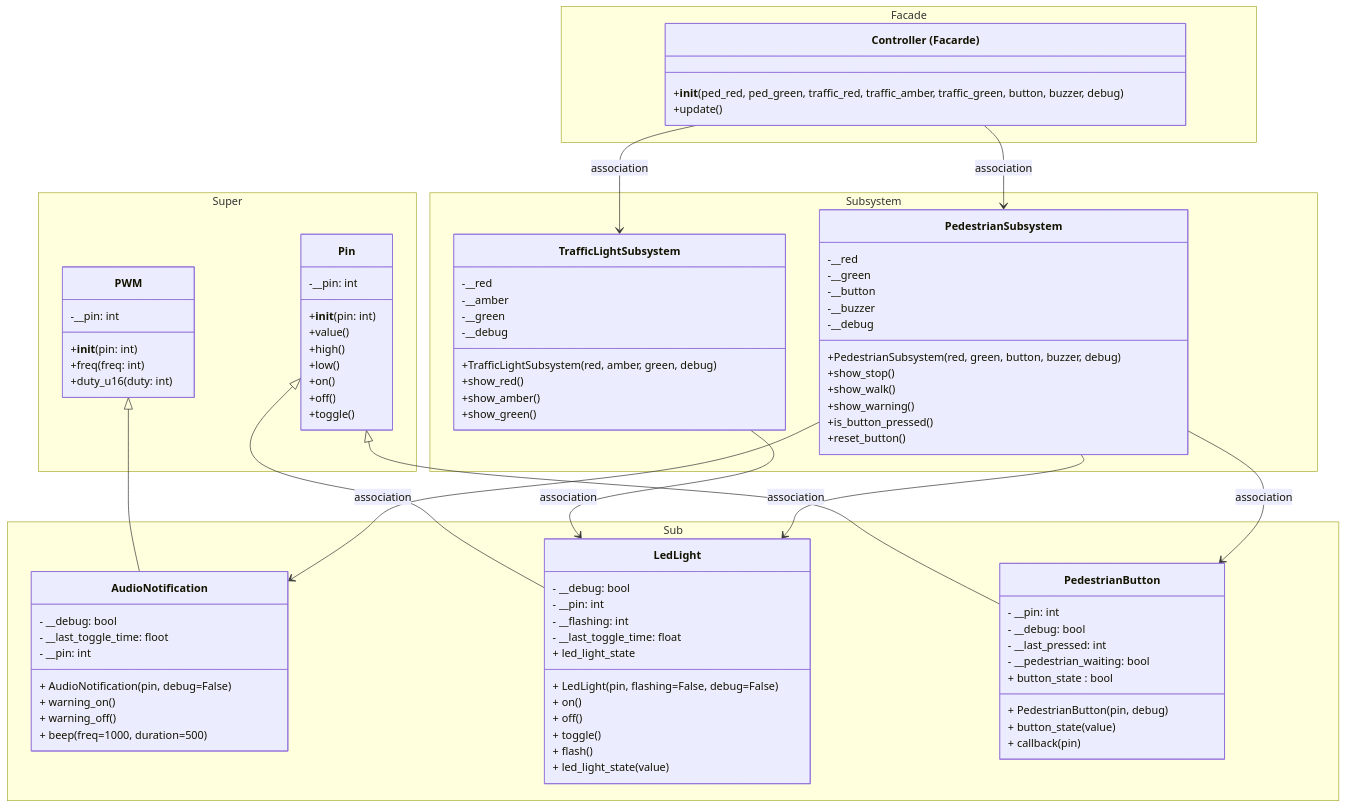
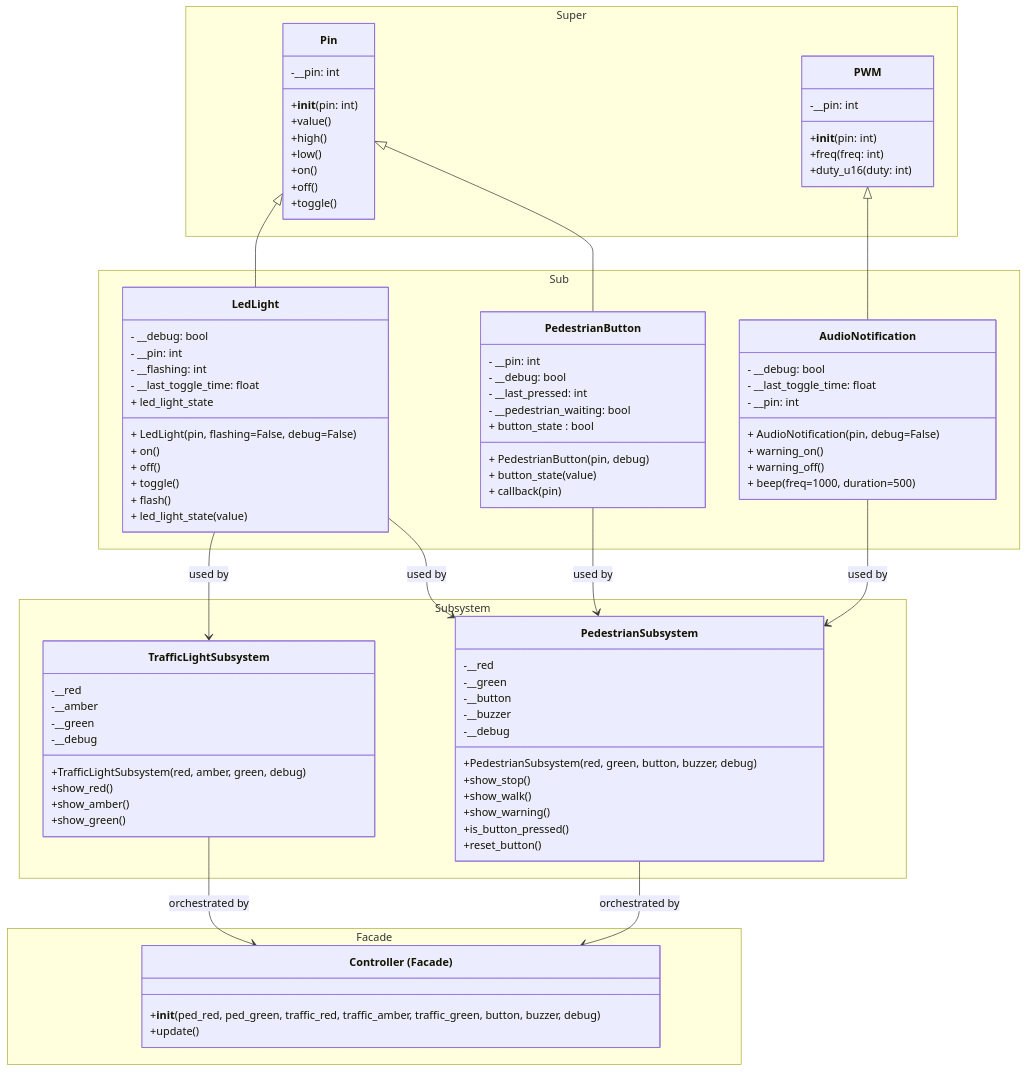
The diagram in tutorials/Lecture7.md (TempeHS/MicroPython_OOP_Pi_Pico_Mini_Project_Source), drawn with Mermaid before and after one commit. The commit also changed 2 other files, not shown here.

Commit message:
fix: correct typo in variable type from 'floot' to 'float' in class diagrams across Lecture1.md, Lecture6.md, and Lecture7.md

````diff
--- a/tutorials/Lecture7.md
+++ b/tutorials/Lecture7.md
@@ -94,7 +94,7 @@
     namespace Sub {
         class AudioNotification {
             - __debug: bool
-            - __last_toggle_time: floot
+            - __last_toggle_time: float
             - __pin: int
             + AudioNotification(pin, debug=False)
             + warning_on()
@@ -156,20 +156,24 @@
     }
 
     namespace Facade {
-        class ControllerFacade["Controller (Facarde)"] {
+        class ControllerFacade["Controller (Facade)"] {
             +__init__(ped_red, ped_green, traffic_red, traffic_amber, traffic_green, button, buzzer, debug)
             +update()
         }
     }
 
+    %% Layer 1 -> Layer 2: inheritance from MicroPython base classes
     Pin <|-- LedLight
     Pin <|-- PedestrianButton
     PWM <|-- AudioNotification
 
-    ControllerFacade --> TrafficLightSubsystem : association
-    ControllerFacade --> PedestrianSubsystem : association
-    TrafficLightSubsystem --> LedLight : association
-    PedestrianSubsystem --> LedLight : association
-    PedestrianSubsystem --> PedestrianButton : association
-    PedestrianSubsystem --> AudioNotification : association
+    %% Layer 2 -> Layer 3: subsystem composition/usage
+    LedLight --> TrafficLightSubsystem : used by
+    LedLight --> PedestrianSubsystem : used by
+    PedestrianButton --> PedestrianSubsystem : used by
+    AudioNotification --> PedestrianSubsystem : used by
+
+    %% Layer 3 -> Layer 4: facade orchestration
+    TrafficLightSubsystem --> ControllerFacade : orchestrated by
+    PedestrianSubsystem --> ControllerFacade : orchestrated by
 ```
````
